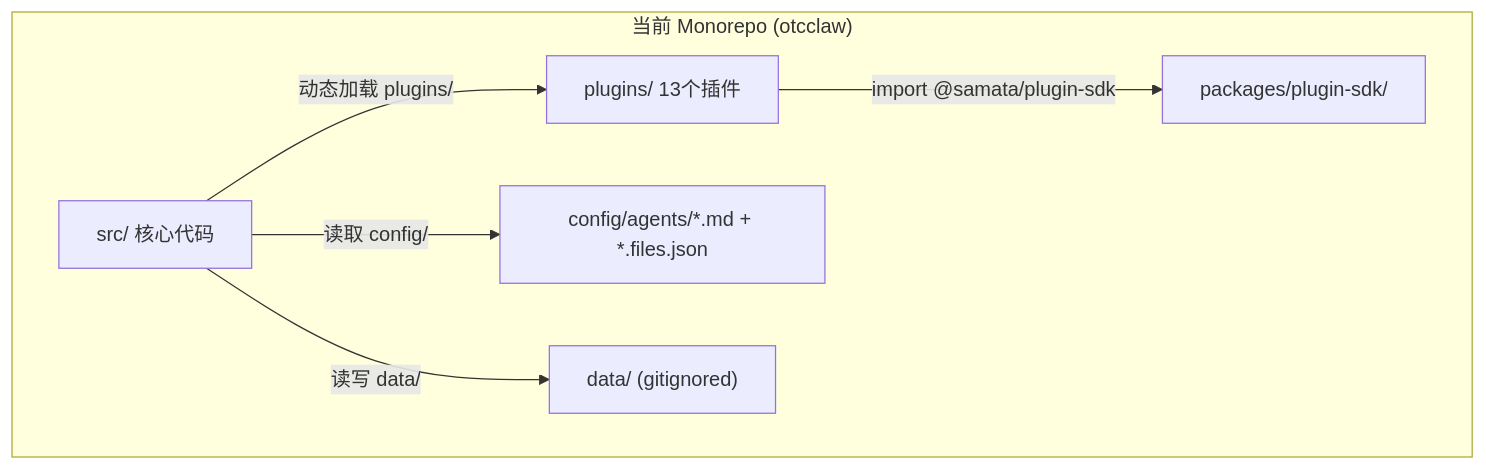
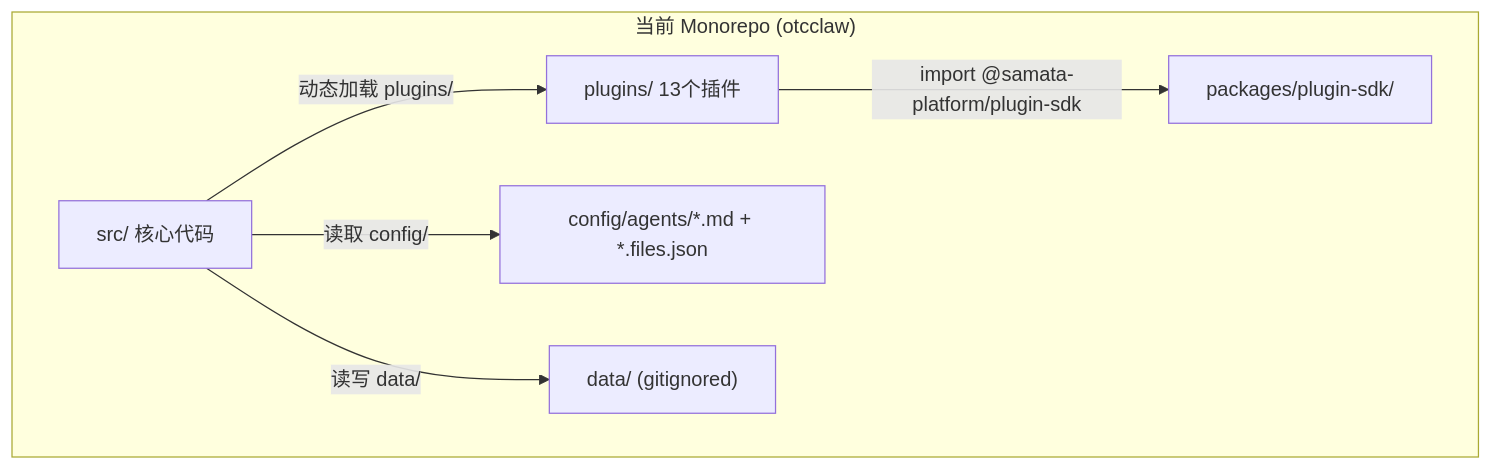
Before and after one commit to xj4920/Samata: the first of 2 diagrams in docs/plan/2026-05-24_samata-repo-split.md, drawn with Mermaid. The commit also changed other lines of this file and 30 other files, not shown here.

First line of the commit message:
chore: rename @samata/plugin-sdk → @samata-platform/plugin-sdk

````diff
--- a/docs/plan/2026-05-24_samata-repo-split.md
+++ b/docs/plan/2026-05-24_samata-repo-split.md
@@ -5,14 +5,14 @@
 ```mermaid
 flowchart TB
   subgraph monorepo ["当前 Monorepo (otcclaw)"]
     src["src/ 核心代码"]
     plugins["plugins/ 13个插件"]
     sdk["packages/plugin-sdk/"]
     configDir["config/agents/*.md + *.files.json"]
     dataDir["data/ (gitignored)"]
   end
-  plugins -->|"import @samata/plugin-sdk"| sdk
+  plugins -->|"import @samata-platform/plugin-sdk"| sdk
   src -->|"动态加载 plugins/"| plugins
   src -->|"读取 config/"| configDir
   src -->|"读写 data/"| dataDir
 ```
````
